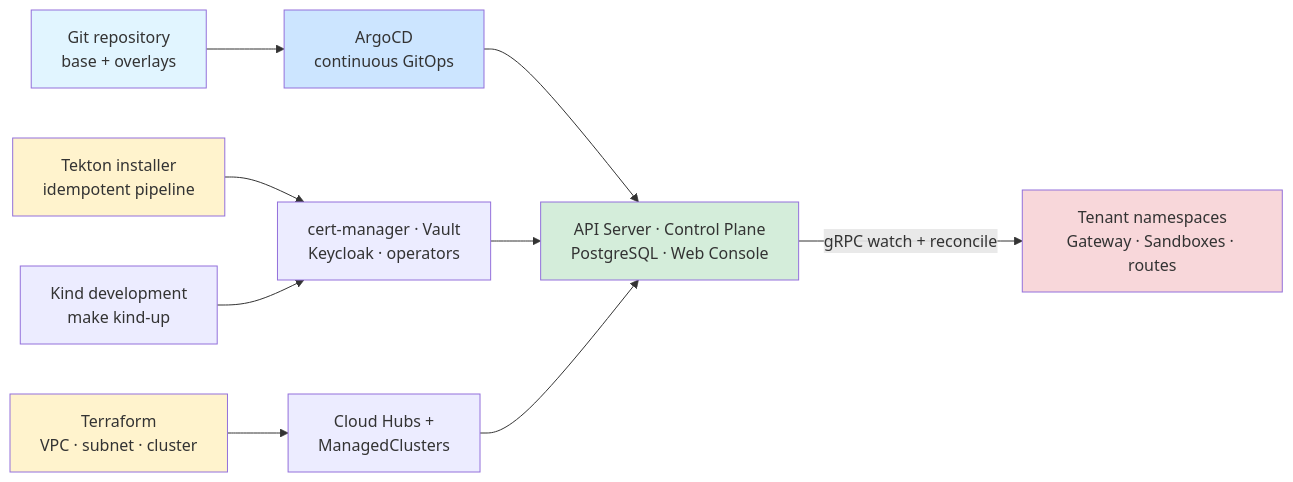
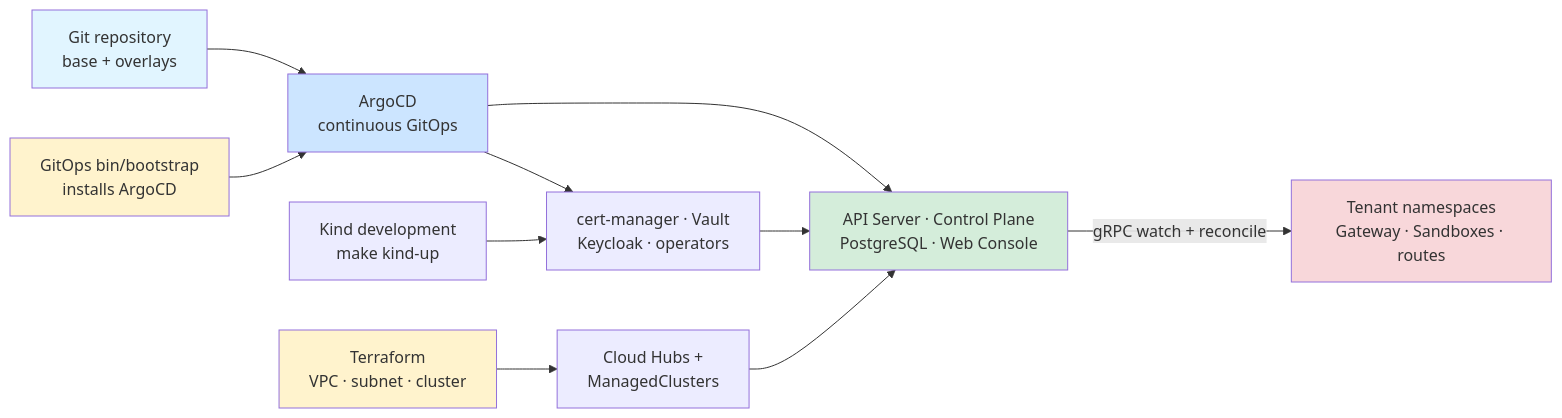
One commit to openshift-online/hypershell changed the diagram in docs/architecture/source/delivery.md. Above: the diagram before and after it, drawn with Mermaid. The commit also changed other lines of this file and 3 other files, not shown here.

First line of the commit message:
docs(spec): retire the Tekton installer requirements PLAT-ARCH-20 and PLAT-ARCH-21

````diff
--- a/docs/architecture/source/delivery.md
+++ b/docs/architecture/source/delivery.md
@@ -9,17 +9,18 @@
 ```mermaid
 graph LR
   GIT[Git repository<br/>base + overlays] --> ARGO[ArgoCD<br/>continuous GitOps]
   TF[Terraform<br/>VPC · subnet · cluster] --> CLUSTERS[Cloud Hubs +<br/>ManagedClusters]
-  TEKTON[Tekton installer<br/>idempotent pipeline] --> PREREQ[cert-manager · Vault<br/>Keycloak · operators]
+  BOOT[GitOps bin/bootstrap<br/>installs ArgoCD] --> ARGO
+  ARGO --> PREREQ[cert-manager · Vault<br/>Keycloak · operators]
   ARGO --> PLATFORM[API Server · Control Plane<br/>PostgreSQL · Web Console]
   PLATFORM -->|gRPC watch + reconcile| TENANT[Tenant namespaces<br/>Gateway · Sandboxes · routes]
   PREREQ --> PLATFORM
   CLUSTERS --> PLATFORM
   DEV[Kind development<br/>make kind-up] --> PREREQ
   style GIT fill:#e1f5ff
   style TF fill:#fff3cd
-  style TEKTON fill:#fff3cd
+  style BOOT fill:#fff3cd
   style ARGO fill:#cce5ff
   style PLATFORM fill:#d4edda
   style TENANT fill:#f8d7da
 ```
````
